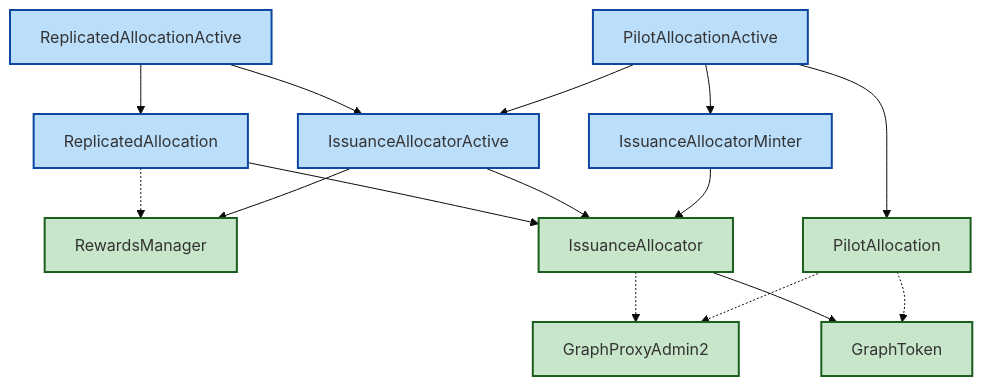
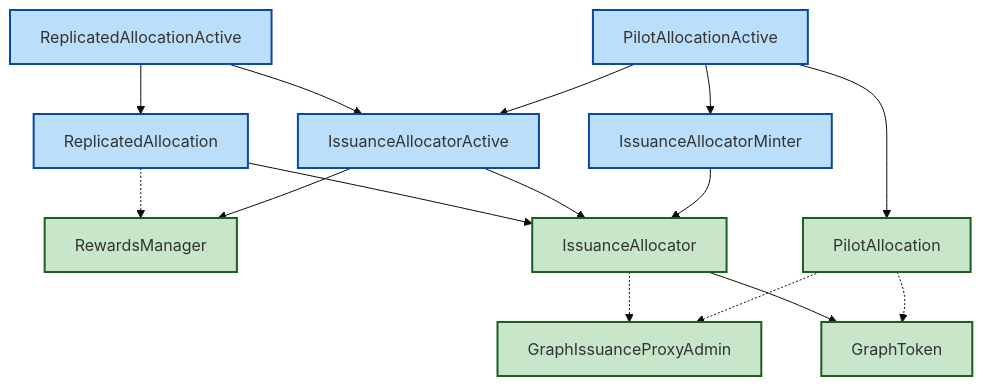
Before and after one commit to graphprotocol/contracts: the seventh of 10 diagrams in packages/deploy/Design.md, drawn with Mermaid (base theme). The commit also changed other lines of this file and 8 other files, not shown here.

First line of the commit message:
refactor(issuance-deploy): replace GraphProxyAdmin2 with GraphIssuanceProxyAdmin

````diff
--- a/packages/deploy/Design.md
+++ b/packages/deploy/Design.md
@@ -398,38 +398,38 @@
 ```mermaid
 graph TD
     RewardsManager[RewardsManager]
-    GraphProxyAdmin2[GraphProxyAdmin2]
+    GraphIssuanceProxyAdmin[GraphIssuanceProxyAdmin]
     GraphToken[GraphToken]
 
     IssuanceAllocator[IssuanceAllocator]
     PilotAllocation[PilotAllocation]
 
     ReplicatedAllocation[ReplicatedAllocation]
     ReplicatedAllocationActive[ReplicatedAllocationActive]
     IssuanceAllocatorActive[IssuanceAllocatorActive]
     IssuanceAllocatorMinter[IssuanceAllocatorMinter]
     PilotAllocationActive[PilotAllocationActive]
 
     ReplicatedAllocation --> IssuanceAllocator
     IssuanceAllocatorActive --> IssuanceAllocator
     ReplicatedAllocationActive --> ReplicatedAllocation
     ReplicatedAllocationActive --> IssuanceAllocatorActive
     IssuanceAllocatorMinter --> IssuanceAllocator
     PilotAllocationActive --> PilotAllocation
     PilotAllocationActive --> IssuanceAllocatorMinter
     PilotAllocationActive --> IssuanceAllocatorActive
     ReplicatedAllocation -.-> RewardsManager
 
-    IssuanceAllocator -.-> GraphProxyAdmin2
-    PilotAllocation -.-> GraphProxyAdmin2
+    IssuanceAllocator -.-> GraphIssuanceProxyAdmin
+    PilotAllocation -.-> GraphIssuanceProxyAdmin
     IssuanceAllocator --> GraphToken
     PilotAllocation -.-> GraphToken
 
     IssuanceAllocatorActive --> RewardsManager
 
     classDef contract fill:#c8e6c9,stroke:#1b5e20,stroke-width:2px
     classDef config fill:#bbdefb,stroke:#0d47a1,stroke-width:2px
 
-    class RewardsManager,GraphProxyAdmin2,IssuanceAllocator,PilotAllocation,GraphToken contract
+    class RewardsManager,GraphIssuanceProxyAdmin,IssuanceAllocator,PilotAllocation,GraphToken contract
     class ReplicatedAllocation,ReplicatedAllocationActive,IssuanceAllocatorActive,IssuanceAllocatorMinter,PilotAllocationActive config
 ```
````
